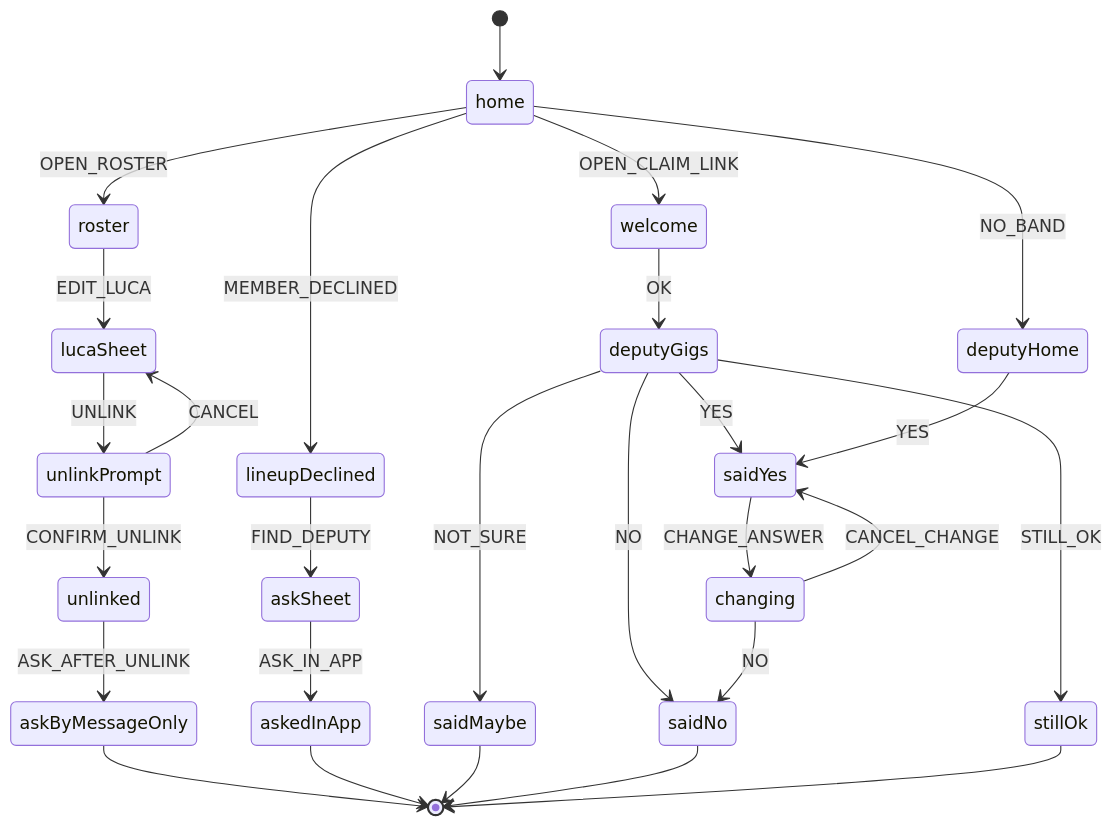
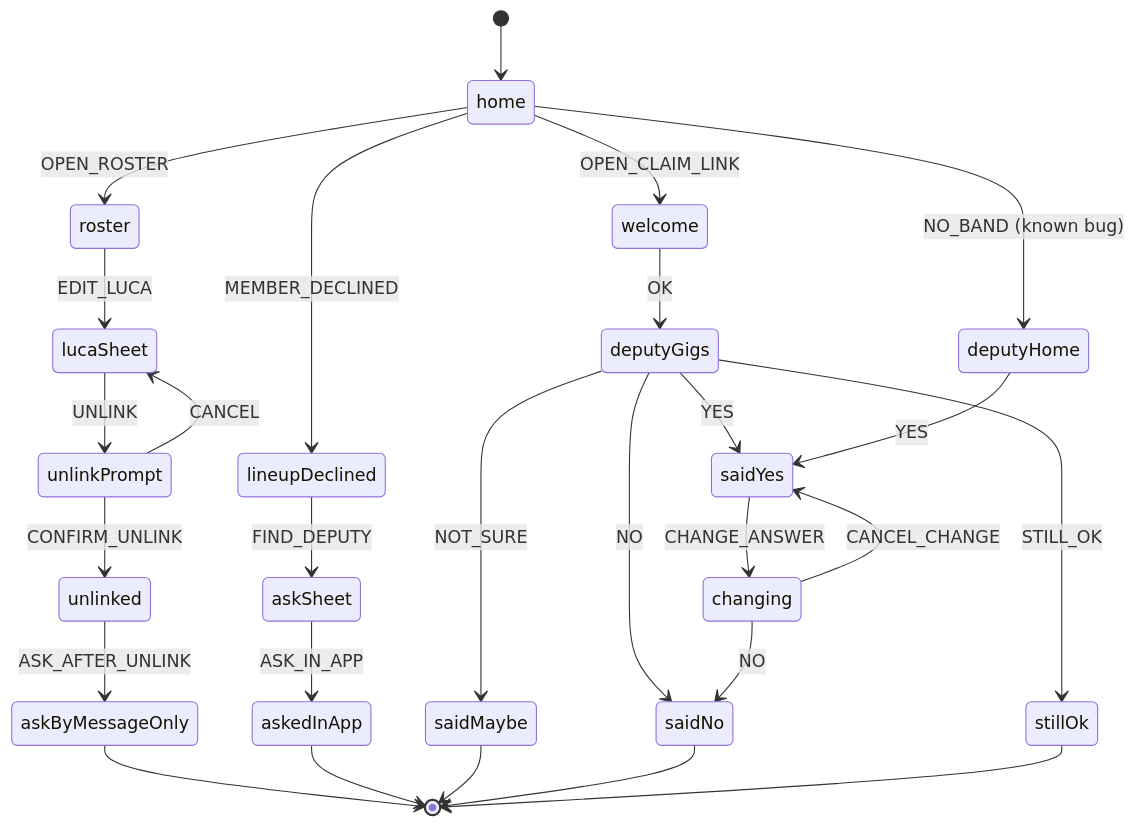
The diagram in docs/lifecycles/deputy.md (bandwith-app/BandWith), drawn with Mermaid before and after one commit. The commit also changed other lines of this file and 13 other files, not shown here.

First line of the commit message:
test(e2e): balance lifecycle paths on CI, deputy home fold known bug

````diff
--- a/docs/lifecycles/deputy.md
+++ b/docs/lifecycles/deputy.md
@@ -9,29 +9,29 @@
 ```mermaid
 stateDiagram-v2
   [*] --> home
   home --> roster : OPEN_ROSTER
   home --> lineupDeclined : MEMBER_DECLINED
   home --> welcome : OPEN_CLAIM_LINK
-  home --> deputyHome : NO_BAND
+  home --> deputyHome : NO_BAND (known bug)
   roster --> lucaSheet : EDIT_LUCA
   lucaSheet --> unlinkPrompt : UNLINK
   unlinkPrompt --> lucaSheet : CANCEL
   unlinkPrompt --> unlinked : CONFIRM_UNLINK
   unlinked --> askByMessageOnly : ASK_AFTER_UNLINK
   lineupDeclined --> askSheet : FIND_DEPUTY
   askSheet --> askedInApp : ASK_IN_APP
   welcome --> deputyGigs : OK
   deputyGigs --> saidYes : YES
   deputyGigs --> saidMaybe : NOT_SURE
   deputyGigs --> saidNo : NO
   deputyGigs --> stillOk : STILL_OK
   saidYes --> changing : CHANGE_ANSWER
   changing --> saidNo : NO
   changing --> saidYes : CANCEL_CHANGE
   deputyHome --> saidYes : YES
   askByMessageOnly --> [*]
   askedInApp --> [*]
   saidMaybe --> [*]
   saidNo --> [*]
   stillOk --> [*]
 ```
````
